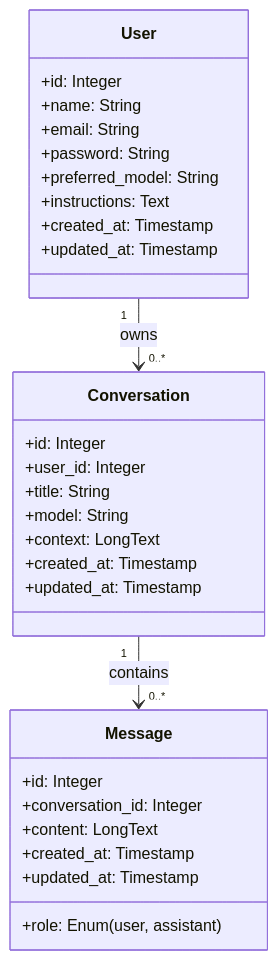
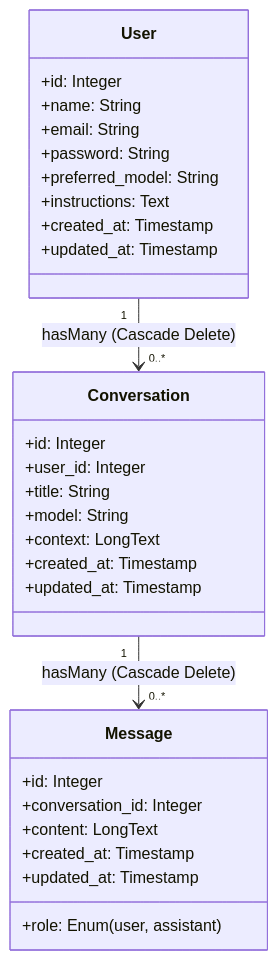
One commit to Civiziled/SurfAI changed the diagram in Rapport_Projet.md. Above: the diagram before and after it, drawn with Mermaid. The commit also changed other lines of this file and 2 other files, not shown here.

````diff
--- a/Rapport_Projet.md
+++ b/Rapport_Projet.md
@@ -51,33 +47,33 @@
   ```mermaid
   classDiagram
       class User {
           +id: Integer
           +name: String
           +email: String
           +password: String
           +preferred_model: String
           +instructions: Text
           +created_at: Timestamp
           +updated_at: Timestamp
       }
       class Conversation {
           +id: Integer
           +user_id: Integer
           +title: String
           +model: String
           +context: LongText
           +created_at: Timestamp
           +updated_at: Timestamp
       }
       class Message {
           +id: Integer
           +conversation_id: Integer
           +role: Enum(user, assistant)
           +content: LongText
           +created_at: Timestamp
           +updated_at: Timestamp
       }
 
-      User "1" --> "0..*" Conversation : owns
-      Conversation "1" --> "0..*" Message : contains
+      User "1" --> "0..*" Conversation : hasMany (Cascade Delete)
+      Conversation "1" --> "0..*" Message : hasMany (Cascade Delete)
   ```
````
